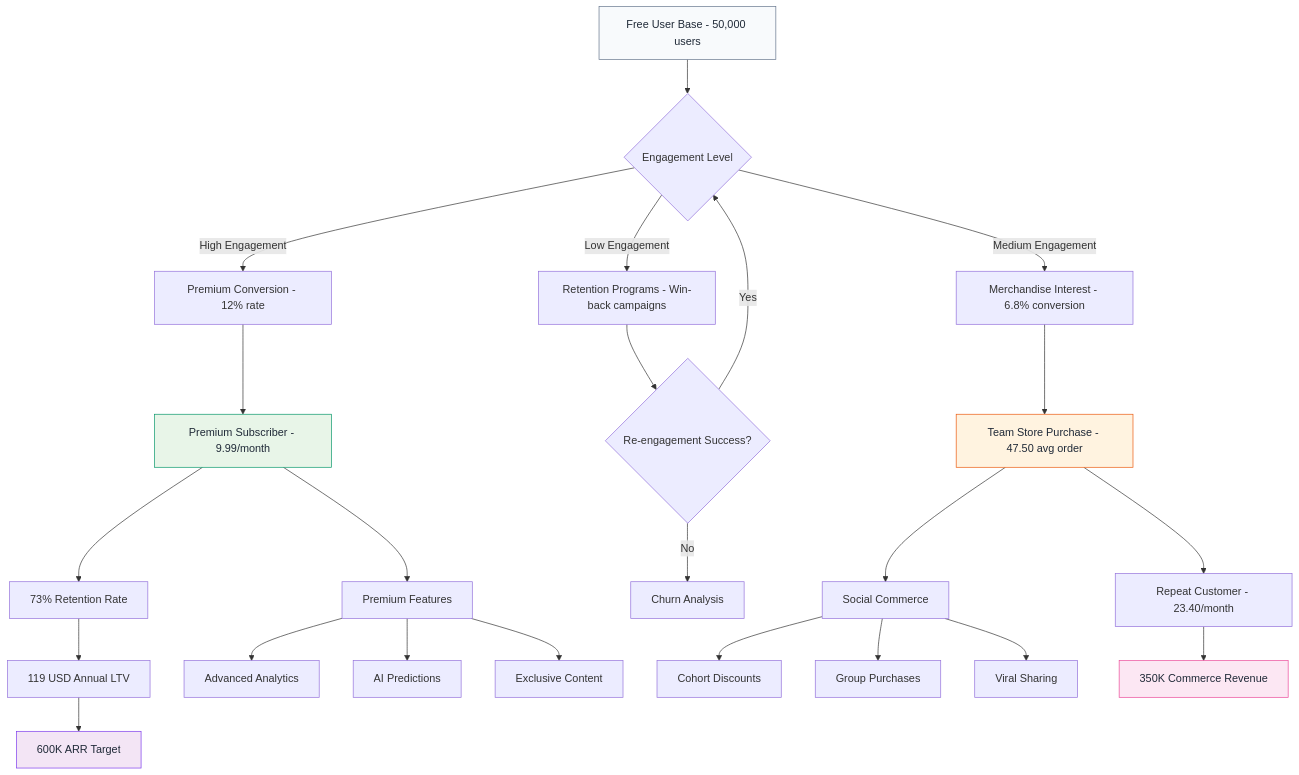
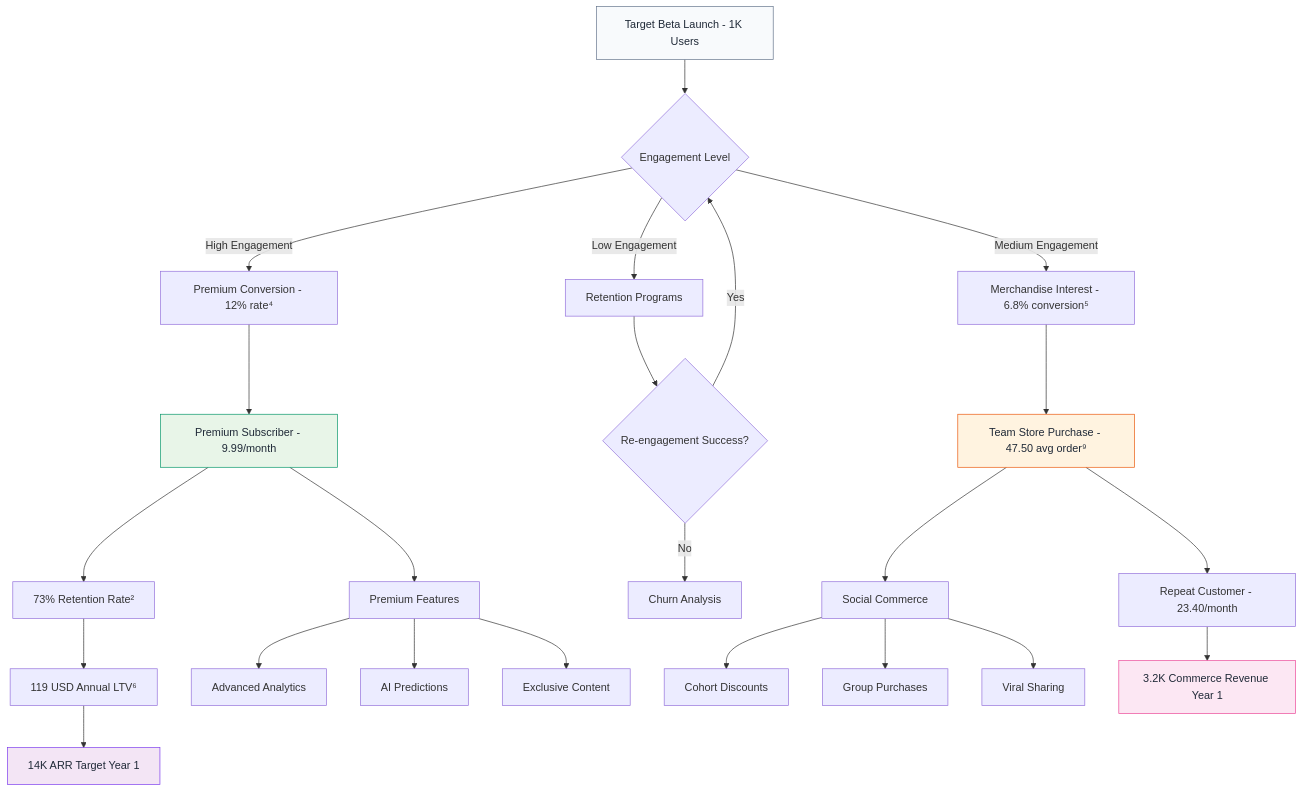
Before and after one commit to SkaFld-Ignite/ref-u-wireframes: the second of 7 diagrams in docs/investor-flows.md, drawn with Mermaid. The commit also changed other lines of this file, not shown here.

Commit message:
Update investor flows with accurate pre-beta stage and working citations

````diff
--- a/docs/investor-flows.md
+++ b/docs/investor-flows.md
@@ -132,38 +55,38 @@
 ```mermaid
 graph TD
-    A[Free User Base - 50,000 users] --> B{Engagement Level}
+    A[Target Beta Launch - 1K Users] --> B{Engagement Level}
     
-    B -->|High Engagement| C[Premium Conversion - 12% rate]
-    B -->|Medium Engagement| D[Merchandise Interest - 6.8% conversion]
-    B -->|Low Engagement| E[Retention Programs - Win-back campaigns]
+    B -->|High Engagement| C[Premium Conversion - 12% rate⁴]
+    B -->|Medium Engagement| D[Merchandise Interest - 6.8% conversion⁵]
+    B -->|Low Engagement| E[Retention Programs]
     
     C --> F[Premium Subscriber - 9.99/month]
-    F --> G[73% Retention Rate]
-    G --> H[119 USD Annual LTV]
+    F --> G[73% Retention Rate²]
+    G --> H[119 USD Annual LTV⁶]
     
-    D --> I[Team Store Purchase - 47.50 avg order]
+    D --> I[Team Store Purchase - 47.50 avg order⁹]
     I --> J[Repeat Customer - 23.40/month]
     
     E --> K{Re-engagement Success?}
     K -->|Yes| B
     K -->|No| L[Churn Analysis]
     
     F --> M[Premium Features]
     M --> N[Advanced Analytics]
     M --> O[AI Predictions]
     M --> P[Exclusive Content]
     
     I --> Q[Social Commerce]
     Q --> R[Cohort Discounts]
     Q --> S[Group Purchases]
     Q --> T[Viral Sharing]
     
-    H --> U[600K ARR Target]
-    J --> V[350K Commerce Revenue]
+    H --> U[14K ARR Target Year 1]
+    J --> V[3.2K Commerce Revenue Year 1]
     
     style A fill:#f8fafc,stroke:#64748b,color:#1f2937
     style F fill:#e8f5e8,stroke:#059669,color:#1f2937
     style I fill:#fff3e0,stroke:#ea580c,color:#1f2937
     style U fill:#f3e5f5,stroke:#7c3aed,color:#1f2937
     style V fill:#fce7f3,stroke:#ec4899,color:#1f2937
 ```
````
